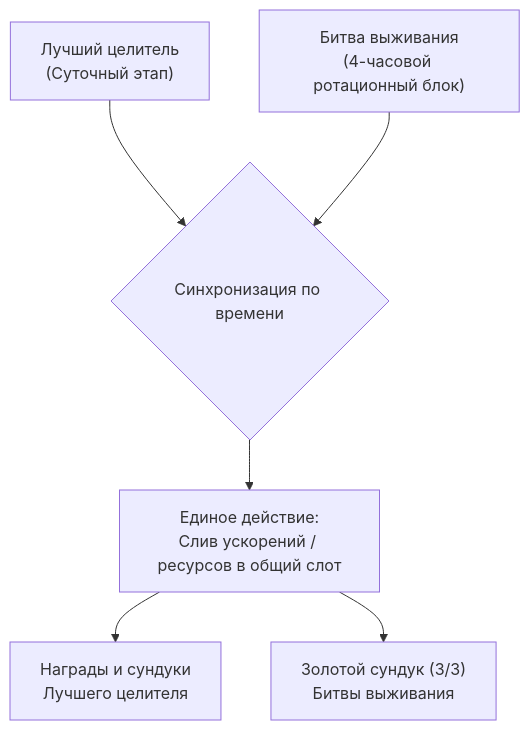
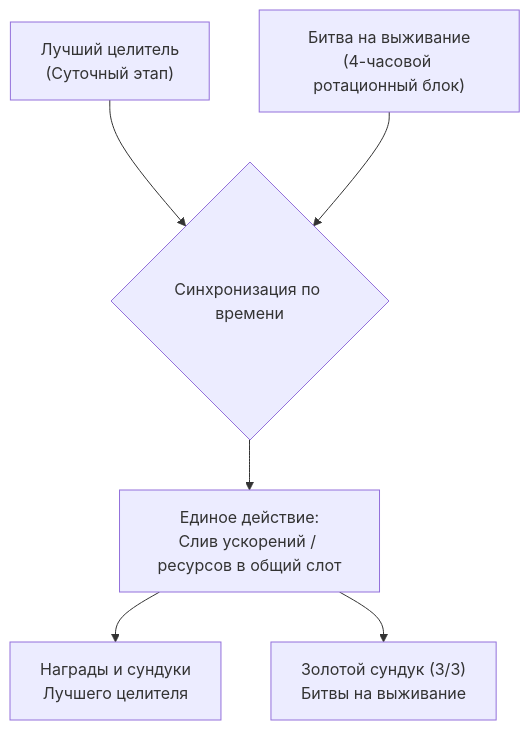
The second of 2 diagrams in site/content/guides/ru/events/supreme-healer.md (Fongobongo/last-asylum-website), drawn with Mermaid before and after one commit. The commit also changed other lines of this file and 1 other file, not shown here.

````diff
--- a/site/content/guides/ru/events/supreme-healer.md
+++ b/site/content/guides/ru/events/supreme-healer.md
@@ -150,8 +175,8 @@
 ```mermaid
 flowchart TD
     SH["Лучший целитель<br>(Суточный этап)"] --> Match{"Синхронизация по времени"}
-    SB["Битва выживания<br>(4-часовой ротационный блок)"] --> Match
+    SB["Битва на выживание<br>(4-часовой ротационный блок)"] --> Match
     Match --> Action["Единое действие:<br>Слив ускорений / ресурсов в общий слот"]
     Action --> Chest1["Награды и сундуки<br>Лучшего целителя"]
-    Action --> Chest2["Золотой сундук (3/3)<br>Битвы выживания"]
+    Action --> Chest2["Золотой сундук (3/3)<br>Битвы на выживание"]
 ```
````
